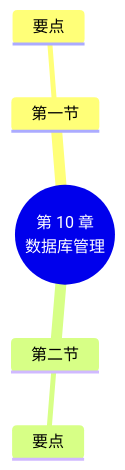
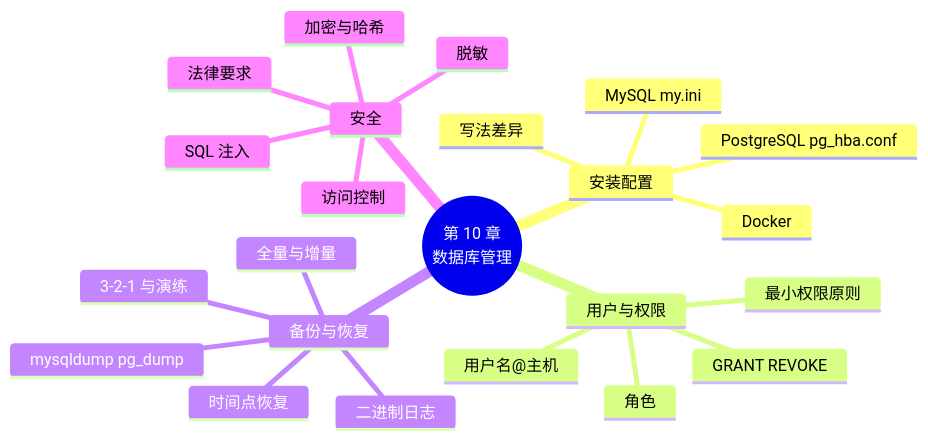
The second of 2 diagrams in docs/chapters/10-administration/index.md (MingziFu9/database-textbook), drawn with Mermaid before and after one commit. The commit also changed other lines of this file and 11 other files, not shown here.

First line of the commit message:
第 10 章：数据库管理，分岗位授权、删库恢复（含 binlog 时间点恢复）、PostgreSQL 写法对照 3 个实验已实测

````diff
--- a/docs/chapters/10-administration/index.md
+++ b/docs/chapters/10-administration/index.md
@@ -185,8 +910,26 @@
 ```mermaid
 mindmap
   root((第 10 章<br/>数据库管理))
-    第一节
-      要点
-    第二节
-      要点
+    安装配置
+      MySQL my.ini
+      PostgreSQL pg_hba.conf
+      写法差异
+      Docker
+    用户与权限
+      用户名@主机
+      GRANT REVOKE
+      角色
+      最小权限原则
+    备份与恢复
+      mysqldump pg_dump
+      全量与增量
+      二进制日志
+      时间点恢复
+      3-2-1 与演练
+    安全
+      SQL 注入
+      访问控制
+      加密与哈希
+      脱敏
+      法律要求
 ```
````
